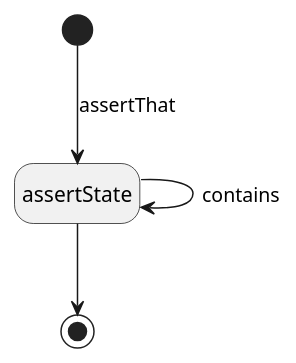
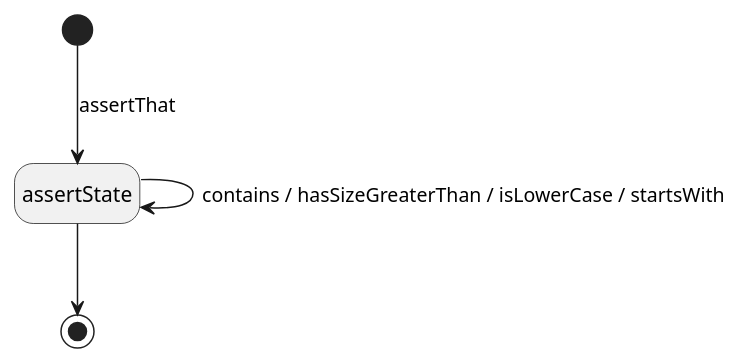
The diagram in content/assertJ-state-diagram.puml (colbs255/tech-blog), drawn with PlantUML before and after one commit. The commit also changed 2 other files, not shown here.

```diff
--- a/content/assertJ-state-diagram.puml
+++ b/content/assertJ-state-diagram.puml
@@ -1,7 +1,7 @@
 @startuml
 hide empty description
 [*] --> assertState: assertThat
 assertState --> [*]
 
-assertState --> assertState: contains
+assertState --> assertState: contains / hasSizeGreaterThan / isLowerCase / startsWith
 @enduml
```
